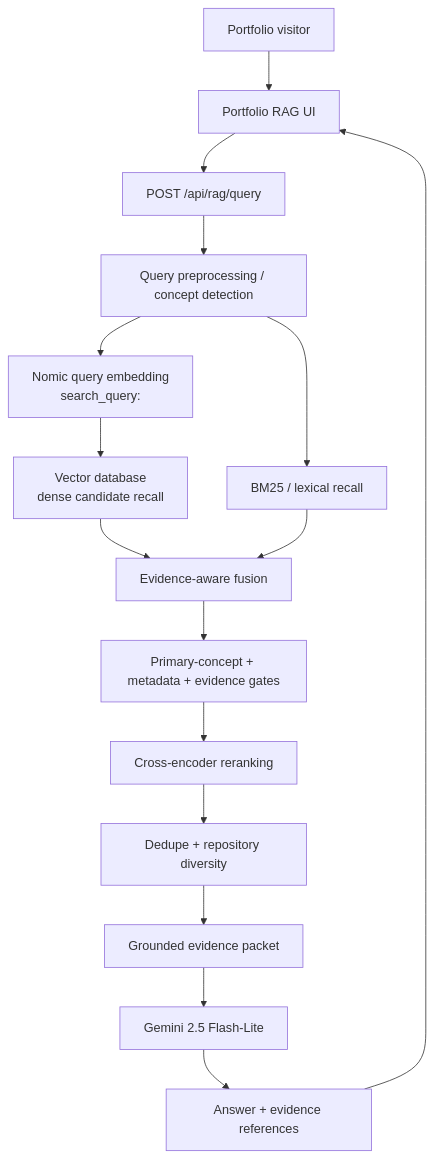
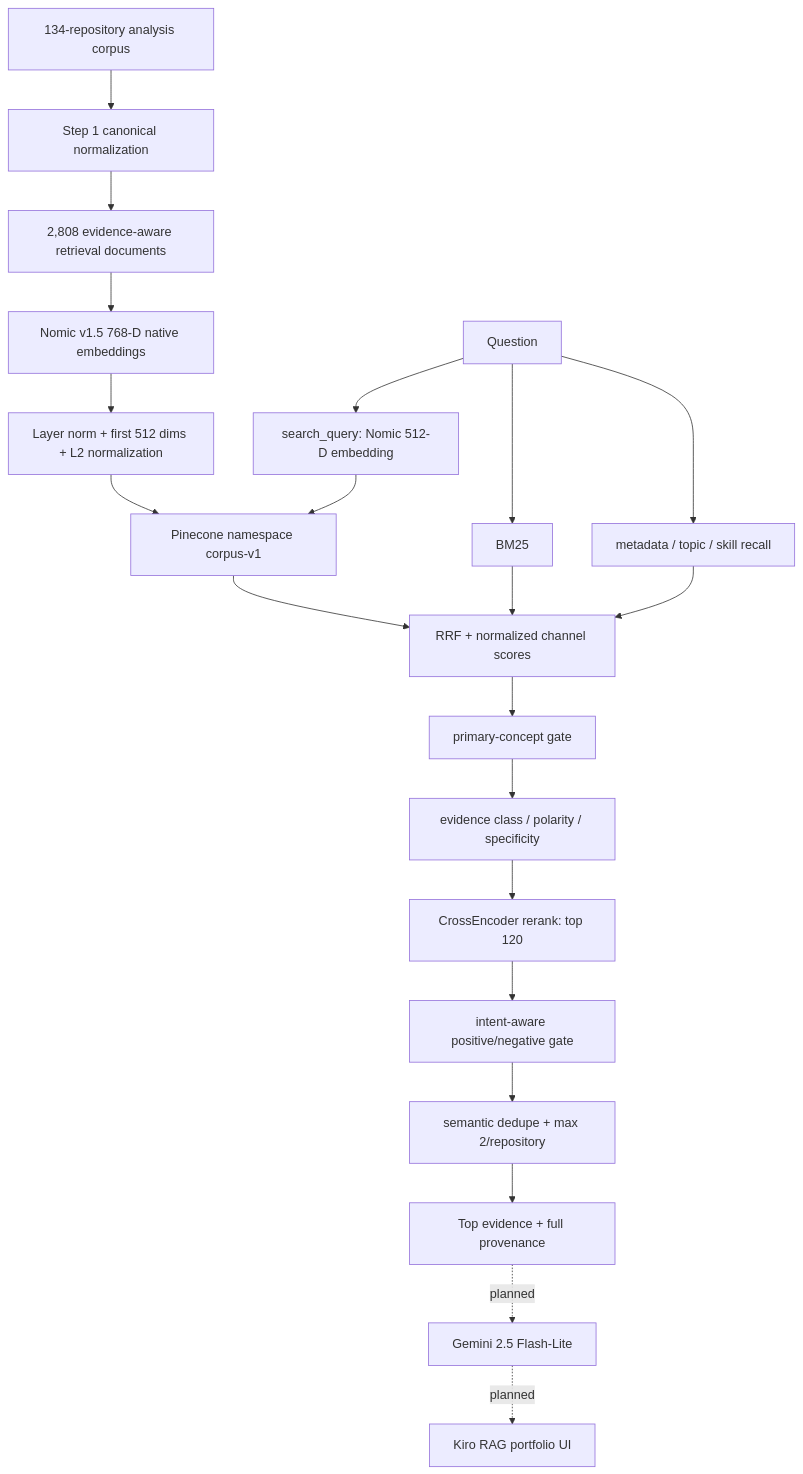
Before and after one commit to kirolossedra/my-portfolio: the diagram in rag/README.md, drawn with Mermaid. The commit also changed other lines of this file and 39 other files, not shown here.

Commit message:
docs: add comprehensive portfolio and RAG architecture documentation

````diff
--- a/rag/README.md
+++ b/rag/README.md
@@ -1938,18 +99,23 @@
 ```mermaid
 flowchart TD
-    U["Portfolio visitor"] --> UI["Portfolio RAG UI"]
-    UI --> API["POST /api/rag/query"]
-    API --> QP["Query preprocessing / concept detection"]
-    QP --> QE["Nomic query embedding<br/>search_query:"]
-    QE --> VDB["Vector database<br/>dense candidate recall"]
-    QP --> BM["BM25 / lexical recall"]
-    VDB --> F["Evidence-aware fusion"]
-    BM --> F
-    F --> G["Primary-concept + metadata + evidence gates"]
-    G --> CE["Cross-encoder reranking"]
-    CE --> DD["Dedupe + repository diversity"]
-    DD --> EP["Grounded evidence packet"]
-    EP --> GEM["Gemini 2.5 Flash-Lite"]
-    GEM --> RESP["Answer + evidence references"]
-    RESP --> UI
+    A[134-repository analysis corpus] --> B[Step 1 canonical normalization]
+    B --> C[2,808 evidence-aware retrieval documents]
+    C --> D[Nomic v1.5 768-D native embeddings]
+    D --> E[Layer norm + first 512 dims + L2 normalization]
+    E --> F[Pinecone namespace corpus-v1]
+    Q[Question] --> Q1[search_query: Nomic 512-D embedding]
+    Q1 --> F
+    Q --> BM[BM25]
+    Q --> MD[metadata / topic / skill recall]
+    F --> RRF[RRF + normalized channel scores]
+    BM --> RRF
+    MD --> RRF
+    RRF --> Gate[primary-concept gate]
+    Gate --> EQ[evidence class / polarity / specificity]
+    EQ --> CE[CrossEncoder rerank: top 120]
+    CE --> Neg[intent-aware positive/negative gate]
+    Neg --> DD[semantic dedupe + max 2/repository]
+    DD --> Top[Top evidence + full provenance]
+    Top -. planned .-> Gen[Gemini 2.5 Flash-Lite]
+    Gen -. planned .-> UI[Kiro RAG portfolio UI]
 ```
````
